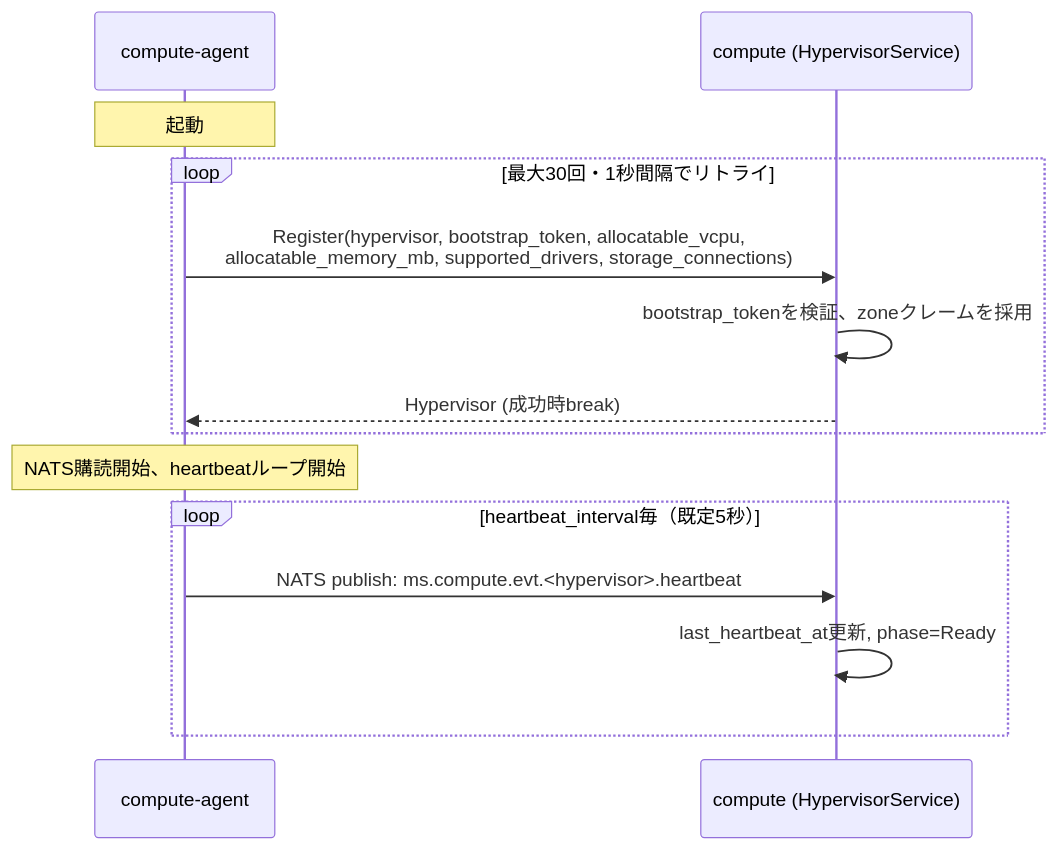
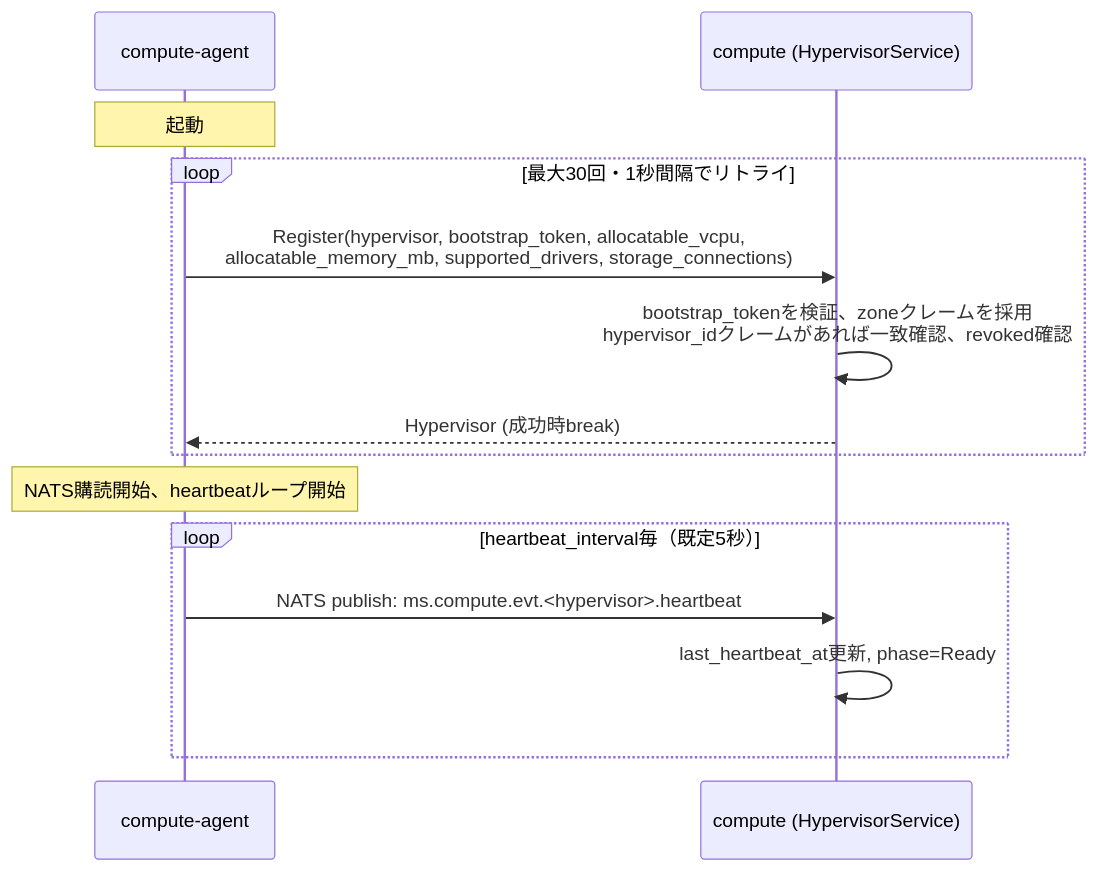
One commit to kiyuta1230/kyuusha changed the first of 2 diagrams in docs/specs/hypervisor-bootstrap.md. Above: the diagram before and after it, drawn with Mermaid. The commit also changed other lines of this file and 16 other files, not shown here.

````diff
--- a/docs/specs/hypervisor-bootstrap.md
+++ b/docs/specs/hypervisor-bootstrap.md
@@ -28,17 +29,17 @@
 ```mermaid
 sequenceDiagram
     participant A as compute-agent
     participant C as compute (HypervisorService)
 
     Note over A: 起動
     loop 最大30回・1秒間隔でリトライ
         A->>C: Register(hypervisor, bootstrap_token, allocatable_vcpu,<br/>allocatable_memory_mb, supported_drivers, storage_connections)
-        C->>C: bootstrap_tokenを検証、zoneクレームを採用
+        C->>C: bootstrap_tokenを検証、zoneクレームを採用<br/>hypervisor_idクレームがあれば一致確認、revoked確認
         C-->>A: Hypervisor (成功時break)
     end
     Note over A: NATS購読開始、heartbeatループ開始
     loop heartbeat_interval毎（既定5秒）
         A->>C: NATS publish: ms.compute.evt.<hypervisor>.heartbeat
         C->>C: last_heartbeat_at更新, phase=Ready
     end
 ```
````
